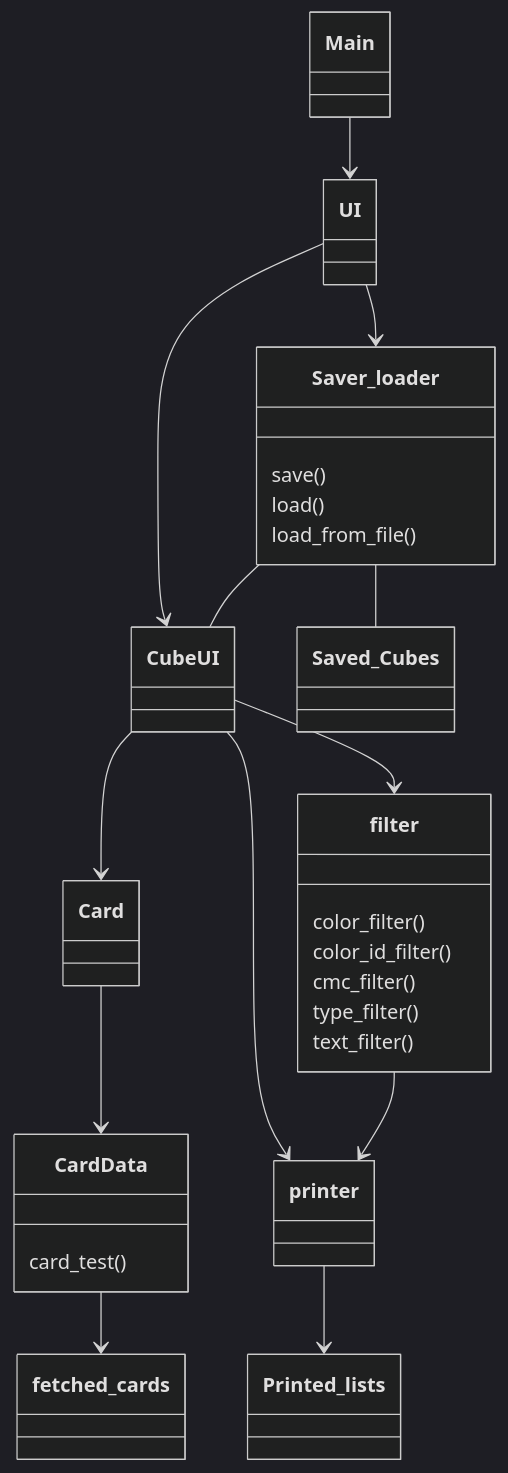
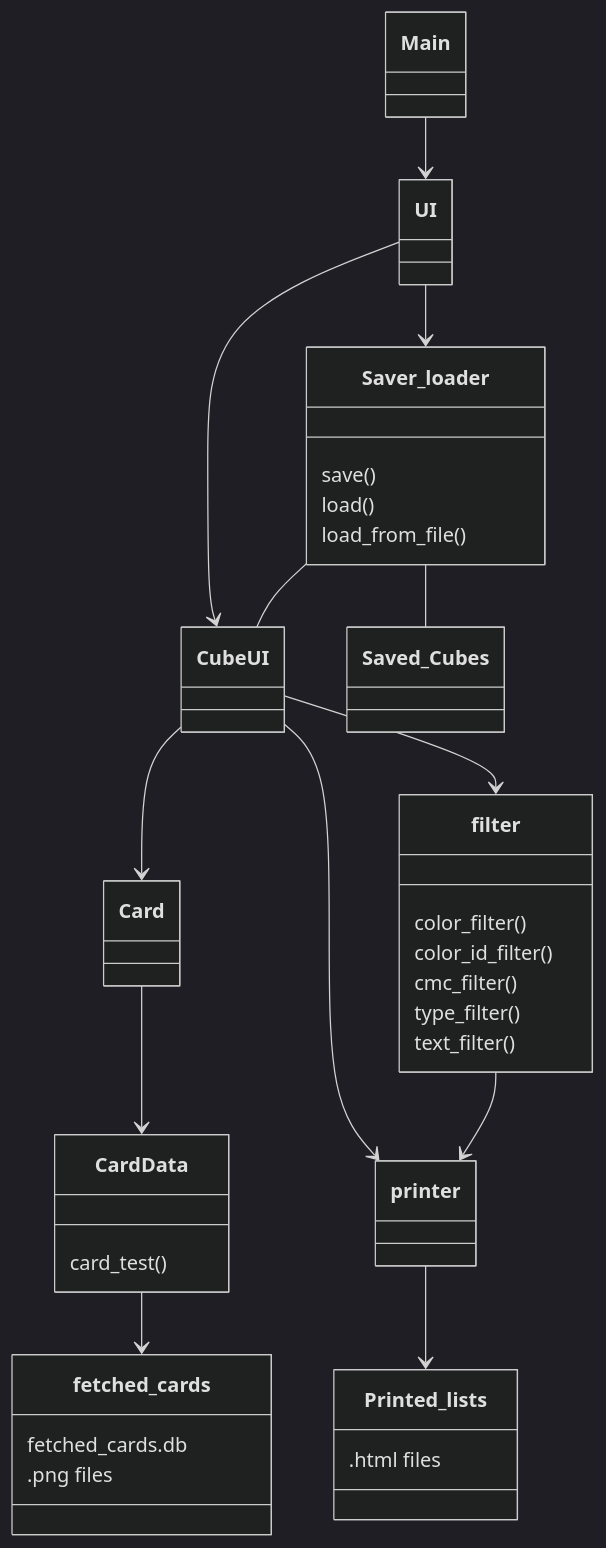
Before and after one commit to EeroAnt/ot-harjoitusty-: the second of 2 diagrams in MTG-Cube-App/dokumentaatio/arkkitehtuuri.md, drawn with Mermaid (dark theme).

Commit message:
pakkauskaaviota jatkettu

````diff
--- a/MTG-Cube-App/dokumentaatio/arkkitehtuuri.md
+++ b/MTG-Cube-App/dokumentaatio/arkkitehtuuri.md
@@ -39,30 +39,37 @@
 ```mermaid
  classDiagram
      Main --> UI
      UI --> CubeUI
      UI --> Saver_loader
      Saver_loader -- CubeUI
      Saver_loader -- Saved_Cubes
      CubeUI --> Card
      Card --> CardData
      CubeUI --> filter
      CubeUI --> printer
      filter --> printer
      CardData --> fetched_cards
      printer --> Printed_lists
      class Saver_loader{
        save()
        load()
        load_from_file()
 }
      class CardData{
        card_test()
 }
      class filter{
        color_filter()
        color_id_filter()
        cmc_filter()
        type_filter()
        text_filter()
 }
+     class fetched_cards{
+       fetched_cards.db
+       .png files
+}
+     class Printed_lists{
+       .html files
+}
 ```
````
